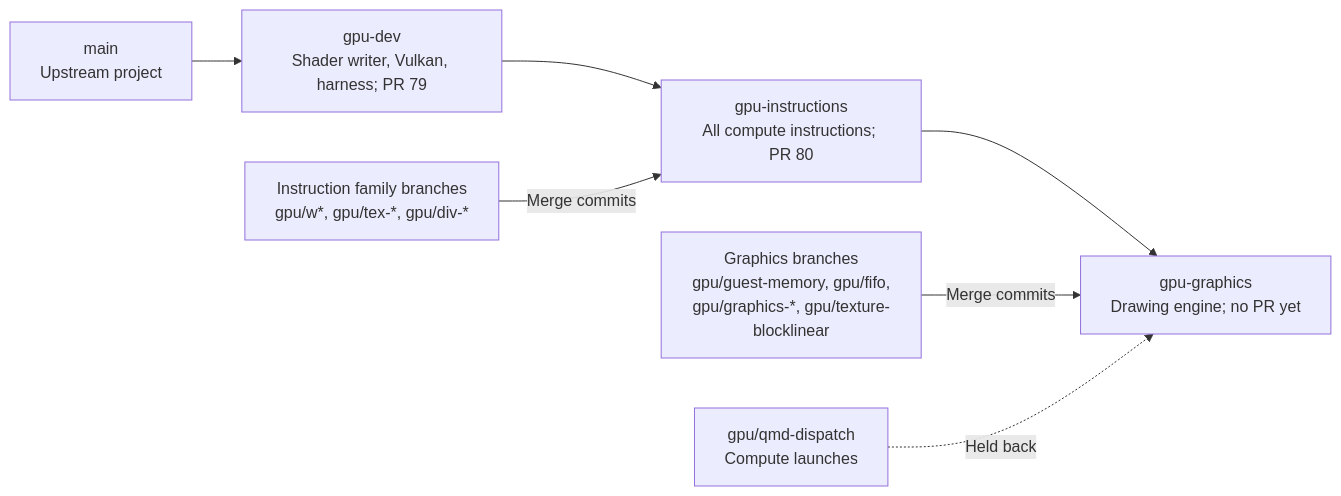
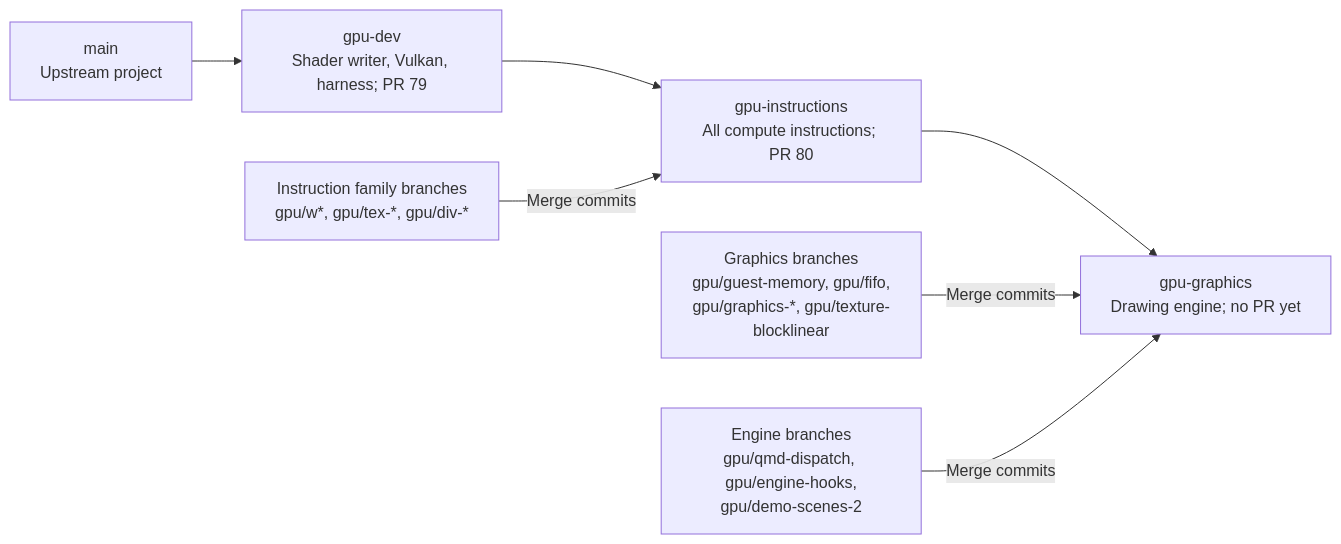
The second of 2 diagrams in docs/architecture/gpu-pipeline.md (0xNikilite/oboromi), drawn with Mermaid before and after one commit. The commit also changed other lines of this file and 9 other files, not shown here.

Commit message:
Correct the docs for the engine hooks and walk through a warp's turns

````diff
--- a/docs/architecture/gpu-pipeline.md
+++ b/docs/architecture/gpu-pipeline.md
@@ -66,9 +67,9 @@
 ```mermaid
 flowchart LR
     main["main<br/>Upstream project"] --> dev["gpu-dev<br/>Shader writer, Vulkan, harness; PR 79"]
     dev --> instr["gpu-instructions<br/>All compute instructions; PR 80"]
     instr --> gfx["gpu-graphics<br/>Drawing engine; no PR yet"]
     fam["Instruction family branches<br/>gpu/w*, gpu/tex-*, gpu/div-*"] -->|"Merge commits"| instr
     gfxb["Graphics branches<br/>gpu/guest-memory, gpu/fifo,<br/>gpu/graphics-*, gpu/texture-blocklinear"] -->|"Merge commits"| gfx
-    qmd["gpu/qmd-dispatch<br/>Compute launches"] -.->|"Held back"| gfx
+    qmd["Engine branches<br/>gpu/qmd-dispatch, gpu/engine-hooks,<br/>gpu/demo-scenes-2"] -->|"Merge commits"| gfx
 ```
````
